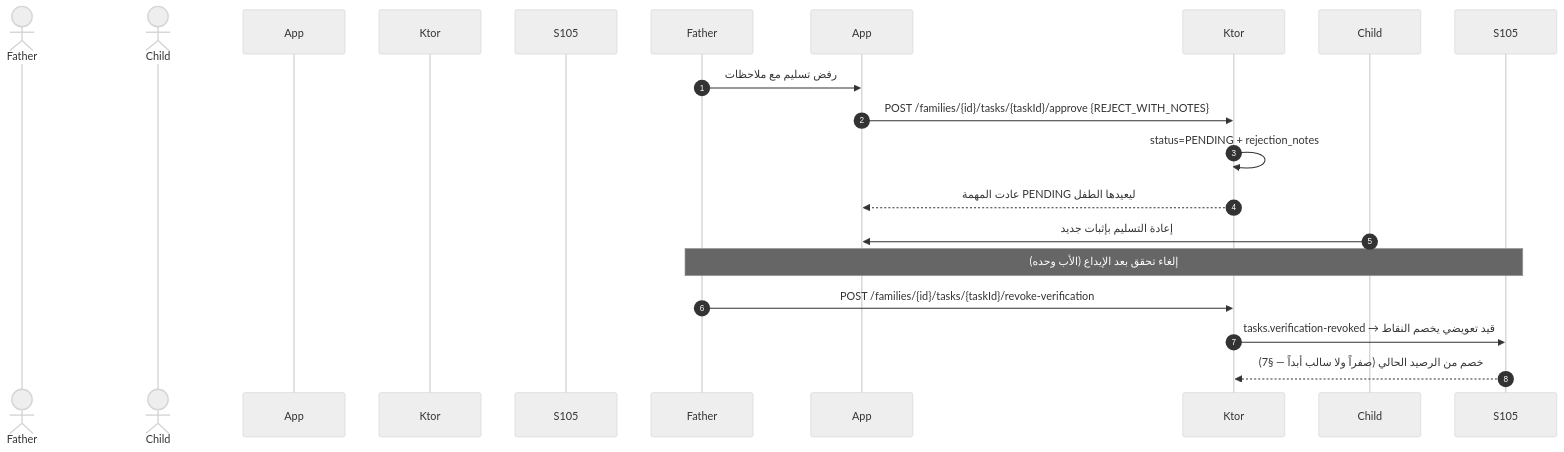
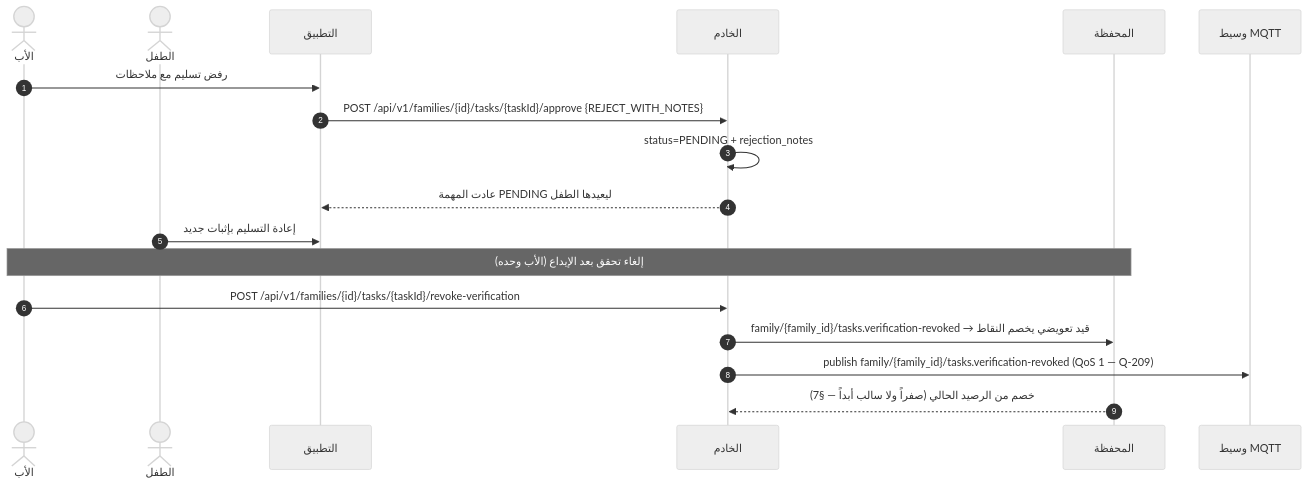
One commit to Bassam-mohammed-alqaeadi/family-os-v2 changed the sixth of 12 diagrams in docs/family-os/governance/phases/phase-1/S1-06-tasks-and-calendar/DIAGRAMS.md. Above: the diagram before and after it, drawn with Mermaid (neutral theme). The commit also changed other lines of this file and 10 other files, not shown here.

Commit message:
إغلاق المراجعة الشاملة R1–R5 (Q-196…Q-231) — المخططات DIAGRAMS + خريطة السياق (2/4)

````diff
--- a/docs/family-os/governance/phases/phase-1/S1-06-tasks-and-calendar/DIAGRAMS.md
+++ b/docs/family-os/governance/phases/phase-1/S1-06-tasks-and-calendar/DIAGRAMS.md
@@ -251,18 +260,20 @@
 ```mermaid
 sequenceDiagram
     autonumber
-    actor الأب as Father
-    actor الطفل as Child
-    participant التطبيق as App
-    participant الخادم as Ktor
-    participant المحفظة as S105
+    actor Father as الأب
+    actor Child as الطفل
+    participant App as التطبيق
+    participant Ktor as الخادم
+    participant S105 as المحفظة
+    participant MQTT as وسيط MQTT
     Father->>App: رفض تسليم مع ملاحظات
-    App->>Ktor: POST /families/{id}/tasks/{taskId}/approve {REJECT_WITH_NOTES}
+    App->>Ktor: POST /api/v1/families/{id}/tasks/{taskId}/approve {REJECT_WITH_NOTES}
     Ktor->>Ktor: status=PENDING + rejection_notes
     Ktor-->>App: عادت المهمة PENDING ليعيدها الطفل
     Child->>App: إعادة التسليم بإثبات جديد
     Note over Father,S105: إلغاء تحقق بعد الإيداع (الأب وحده)
-    Father->>Ktor: POST /families/{id}/tasks/{taskId}/revoke-verification
-    Ktor->>S105: tasks.verification-revoked → قيد تعويضي يخصم النقاط
+    Father->>Ktor: POST /api/v1/families/{id}/tasks/{taskId}/revoke-verification
+    Ktor->>S105: family/{family_id}/tasks.verification-revoked → قيد تعويضي يخصم النقاط
+    Ktor->>MQTT: publish family/{family_id}/tasks.verification-revoked (QoS 1 — Q-209)
     S105-->>Ktor: خصم من الرصيد الحالي (صفراً ولا سالب أبداً — §7)
 ```
````
